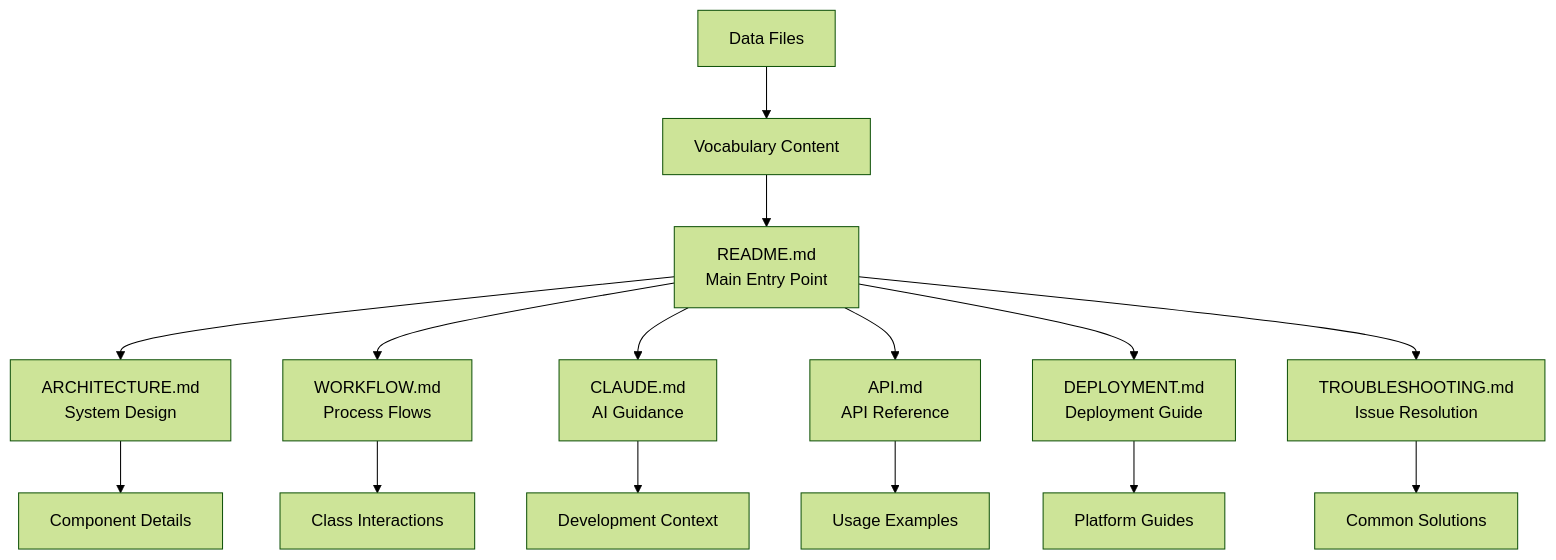
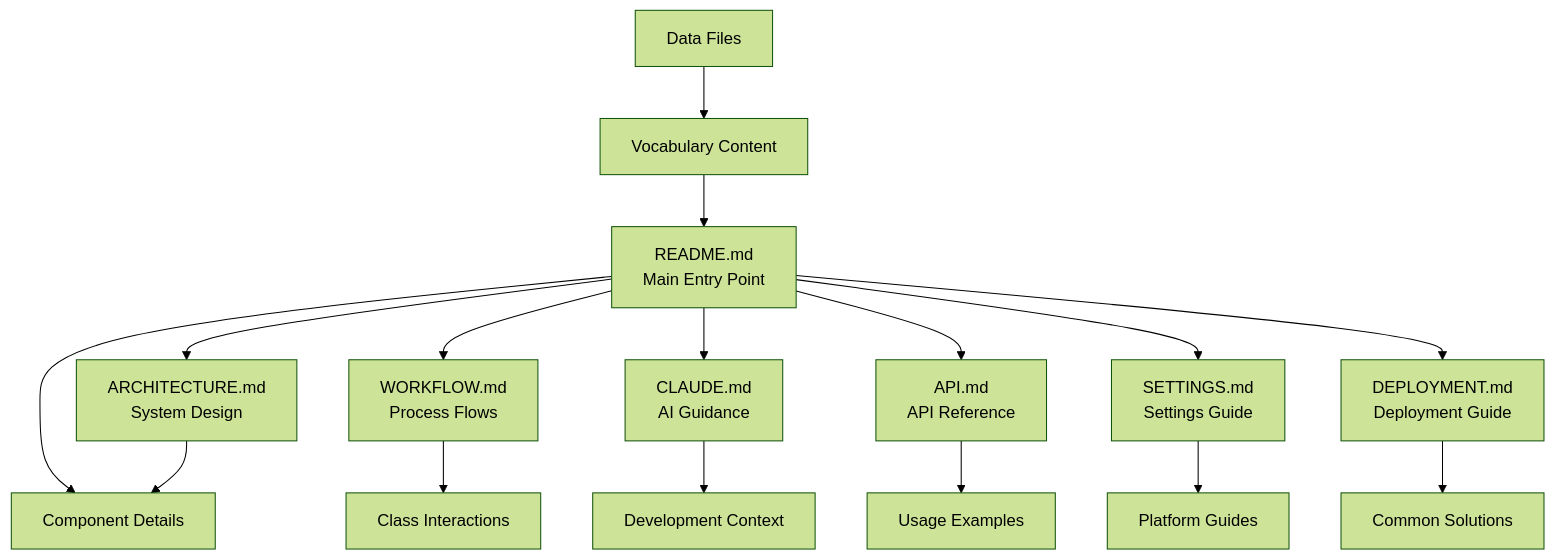
Before and after one commit to david3xu/ccl-pronunciation-trainer: the diagram in docs/README.md, drawn with Mermaid (forest theme). The commit also changed other lines of this file and 19 other files, not shown here.

````diff
--- a/docs/README.md
+++ b/docs/README.md
@@ -39,19 +40,20 @@
 ```mermaid
 graph TD
     A[README.md<br/>Main Entry Point] --> B[ARCHITECTURE.md<br/>System Design]
     A --> C[WORKFLOW.md<br/>Process Flows]
     A --> D[CLAUDE.md<br/>AI Guidance]
     A --> E[API.md<br/>API Reference]
-    A --> F[DEPLOYMENT.md<br/>Deployment Guide]
-    A --> G[TROUBLESHOOTING.md<br/>Issue Resolution]
+    A --> F[SETTINGS.md<br/>Settings Guide]
+    A --> G[DEPLOYMENT.md<br/>Deployment Guide]
+    A --> H[TROUBLESHOOTING.md<br/>Issue Resolution]
 
     B --> H[Component Details]
     C --> I[Class Interactions]
     D --> J[Development Context]
     E --> K[Usage Examples]
     F --> L[Platform Guides]
     G --> M[Common Solutions]
 
     N[Data Files] --> O[Vocabulary Content]
     O --> A
 ```
````
